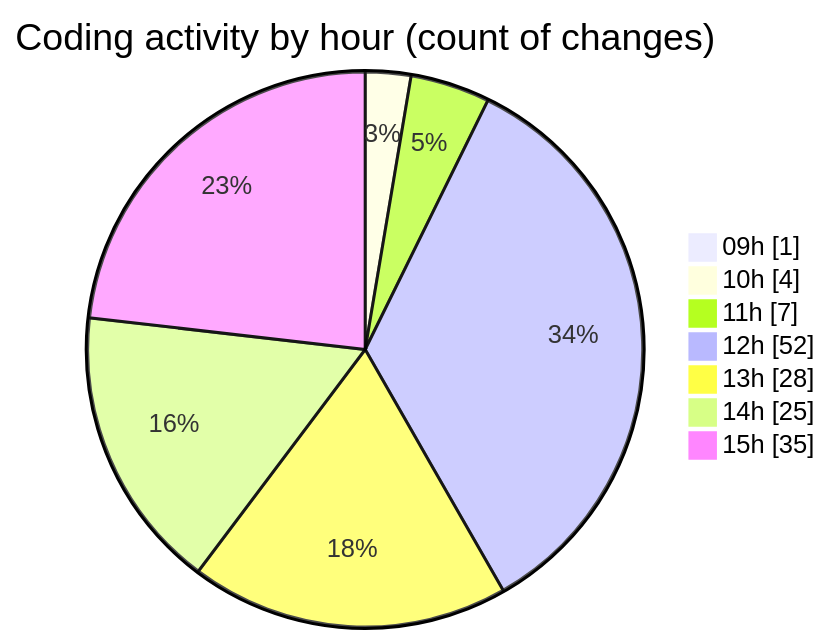
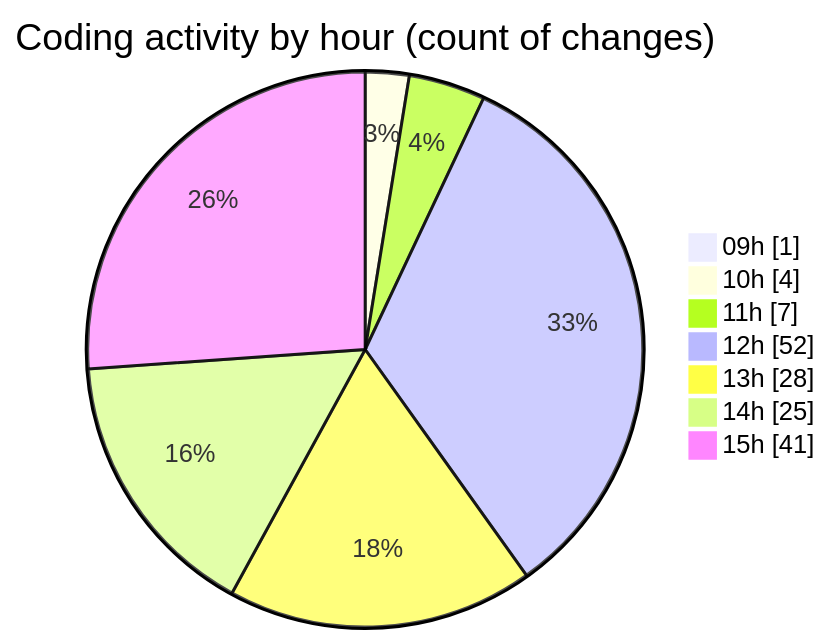
Before and after one commit to momahboobian/code-tracking: the second of 2 diagrams in 2025-04-07/cda/README.md, drawn with Mermaid. The commit also changed other lines of this file and 1 other file, not shown here.

````diff
--- a/2025-04-07/cda/README.md
+++ b/2025-04-07/cda/README.md
@@ -36,11 +36,11 @@
 ```mermaid
 pie showData
 title Coding activity by hour (count of changes)
 "09h" : 1
 "10h" : 4
 "11h" : 7
 "12h" : 52
 "13h" : 28
 "14h" : 25
-"15h" : 35
+"15h" : 41
 ```
````
